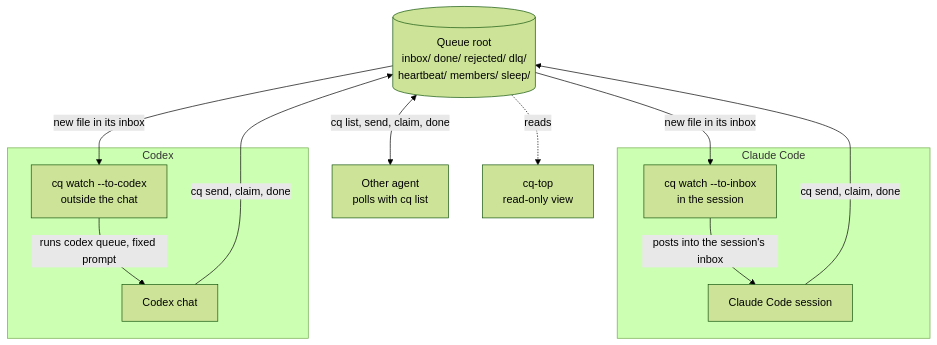
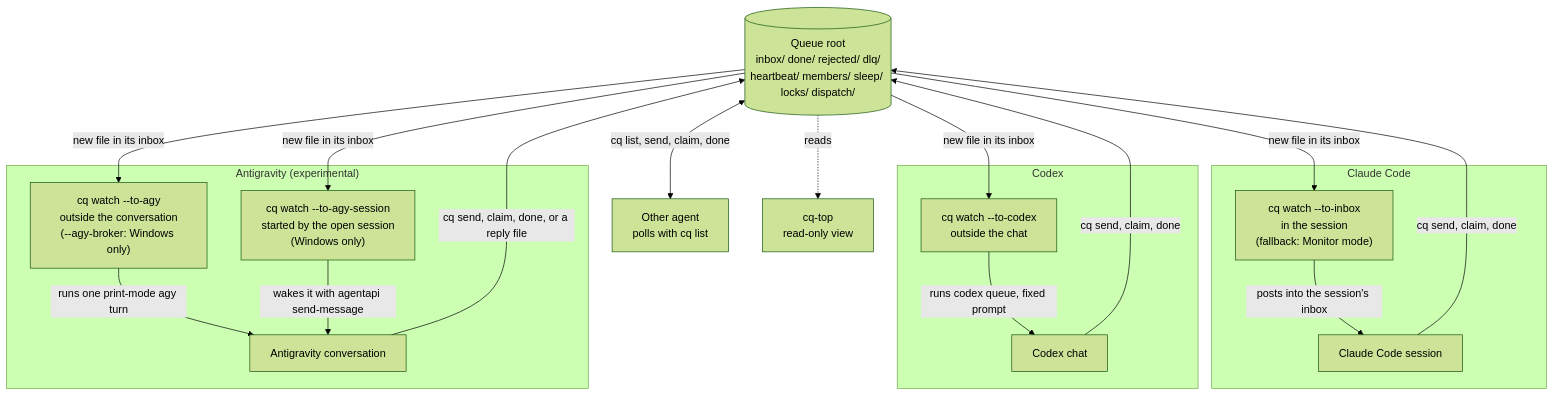
The diagram in README.md (niklasrichardson/session-queue), drawn with Mermaid (forest theme) before and after one commit. The commit also changed other lines of this file and 2 other files, not shown here.

````diff
--- a/README.md
+++ b/README.md
@@ -24,26 +25,37 @@
 ```mermaid
 flowchart TB
-    R[("Queue root<br/>inbox/ done/ rejected/ dlq/<br/>heartbeat/ members/ sleep/")]
+    R[("Queue root<br/>inbox/ done/ rejected/ dlq/<br/>heartbeat/ members/ sleep/ locks/ dispatch/")]
 
     subgraph claude["Claude Code"]
-        WI["cq watch --to-inbox<br/>in the session"]
+        WI["cq watch --to-inbox<br/>in the session<br/>(fallback: Monitor mode)"]
         CC["Claude Code session"]
         WI -->|"posts into the session's inbox"| CC
     end
 
     subgraph codex["Codex"]
         WC["cq watch --to-codex<br/>outside the chat"]
         CX["Codex chat"]
         WC -->|"runs codex queue, fixed prompt"| CX
     end
 
+    subgraph agy["Antigravity (experimental)"]
+        WA["cq watch --to-agy<br/>outside the conversation<br/>(--agy-broker: Windows only)"]
+        WS["cq watch --to-agy-session<br/>started by the open session<br/>(Windows only)"]
+        AX["Antigravity conversation"]
+        WA -->|"runs one print-mode agy turn"| AX
+        WS -->|"wakes it with agentapi send-message"| AX
+    end
+
     OA["Other agent<br/>polls with cq list"]
     TOP["cq-top<br/>read-only view"]
 
     R -->|"new file in its inbox"| WI
     R -->|"new file in its inbox"| WC
+    R -->|"new file in its inbox"| WA
+    R -->|"new file in its inbox"| WS
     CC -->|"cq send, claim, done"| R
     CX -->|"cq send, claim, done"| R
+    AX -->|"cq send, claim, done, or a reply file"| R
     R <-->|"cq list, send, claim, done"| OA
     R -.->|"reads"| TOP
 ```
````
